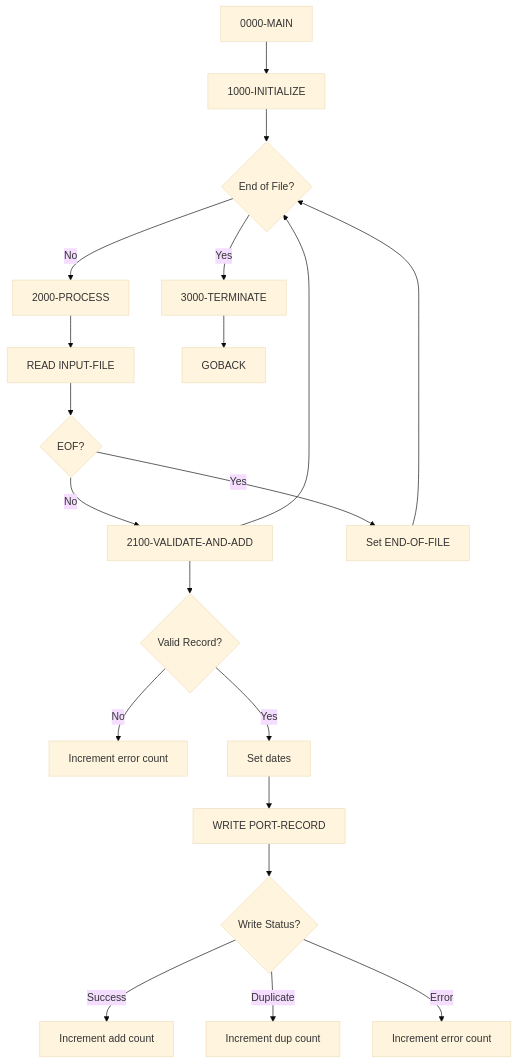
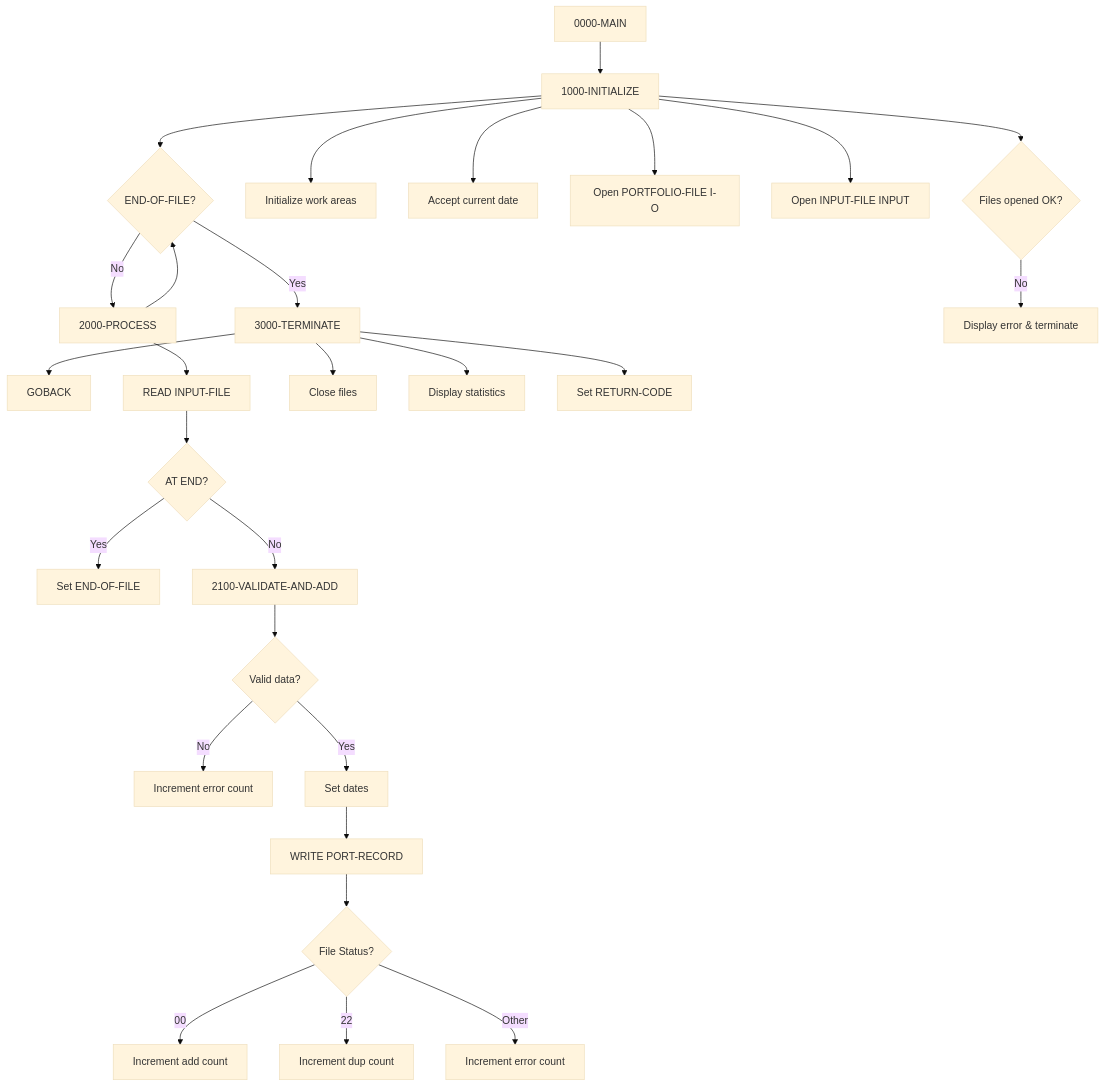
The first of 2 diagrams in docs/programs/PORTADD.mdx (haladir-com/legacy-benchmark-docs-vb70e1), drawn with Mermaid (base theme) before and after one commit. The commit also changed other lines of this file and 64 other files, not shown here.

````diff
--- a/docs/programs/PORTADD.mdx
+++ b/docs/programs/PORTADD.mdx
@@ -16,23 +16,34 @@
 ```mermaid
 graph TD
     A[0000-MAIN] --> B[1000-INITIALIZE]
-    B --> C{End of File?}
+    B --> C{END-OF-FILE?}
     C -->|No| D[2000-PROCESS]
-    D --> E[READ INPUT-FILE]
-    E --> F{EOF?}
-    F -->|No| G[2100-VALIDATE-AND-ADD]
-    G --> C
-    F -->|Yes| H[Set END-OF-FILE]
-    H --> C
-    C -->|Yes| I[3000-TERMINATE]
-    I --> J[GOBACK]
+    D --> C
+    C -->|Yes| E[3000-TERMINATE]
+    E --> F[GOBACK]
     
-    G --> G1{Valid Record?}
-    G1 -->|No| G2[Increment error count]
-    G1 -->|Yes| G3[Set dates]
-    G3 --> G4[WRITE PORT-RECORD]
-    G4 --> G5{Write Status?}
-    G5 -->|Success| G6[Increment add count]
-    G5 -->|Duplicate| G7[Increment dup count]
-    G5 -->|Error| G8[Increment error count]
+    B --> B1[Initialize work areas]
+    B --> B2[Accept current date]
+    B --> B3[Open PORTFOLIO-FILE I-O]
+    B --> B4[Open INPUT-FILE INPUT]
+    B --> B5{Files opened OK?}
+    B5 -->|No| B6[Display error & terminate]
+    
+    D --> D1[READ INPUT-FILE]
+    D1 --> D2{AT END?}
+    D2 -->|Yes| D3[Set END-OF-FILE]
+    D2 -->|No| D4[2100-VALIDATE-AND-ADD]
+    
+    D4 --> V1{Valid data?}
+    V1 -->|No| V2[Increment error count]
+    V1 -->|Yes| V3[Set dates]
+    V3 --> V4[WRITE PORT-RECORD]
+    V4 --> V5{File Status?}
+    V5 -->|00| V6[Increment add count]
+    V5 -->|22| V7[Increment dup count]
+    V5 -->|Other| V8[Increment error count]
+    
+    E --> E1[Close files]
+    E --> E2[Display statistics]
+    E --> E3[Set RETURN-CODE]
 ```
````
